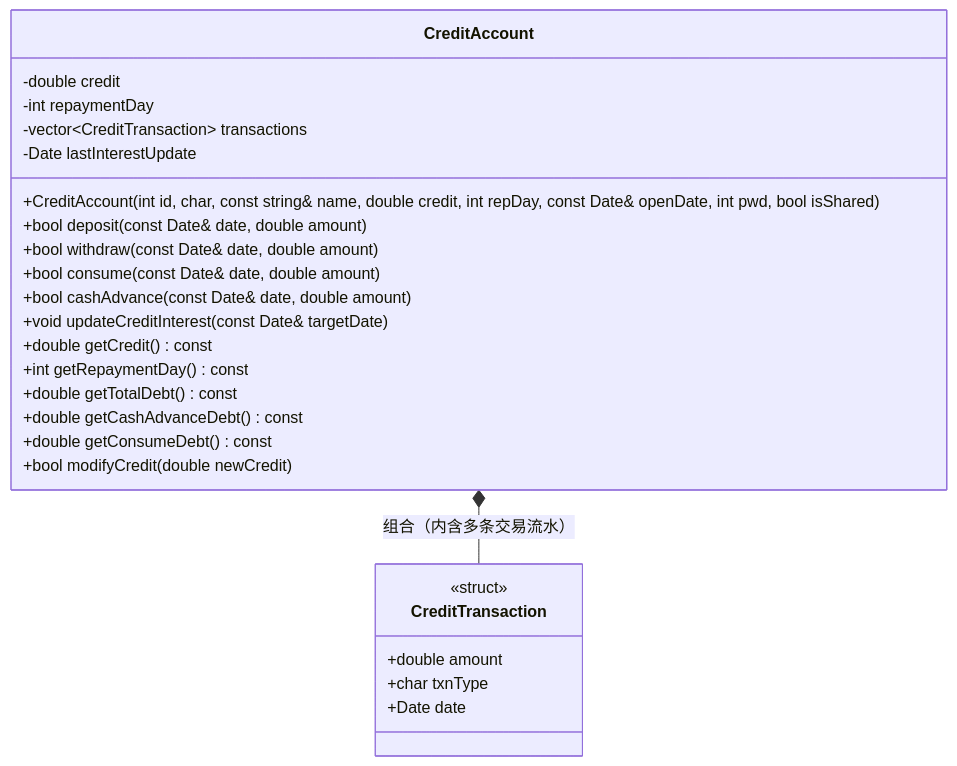
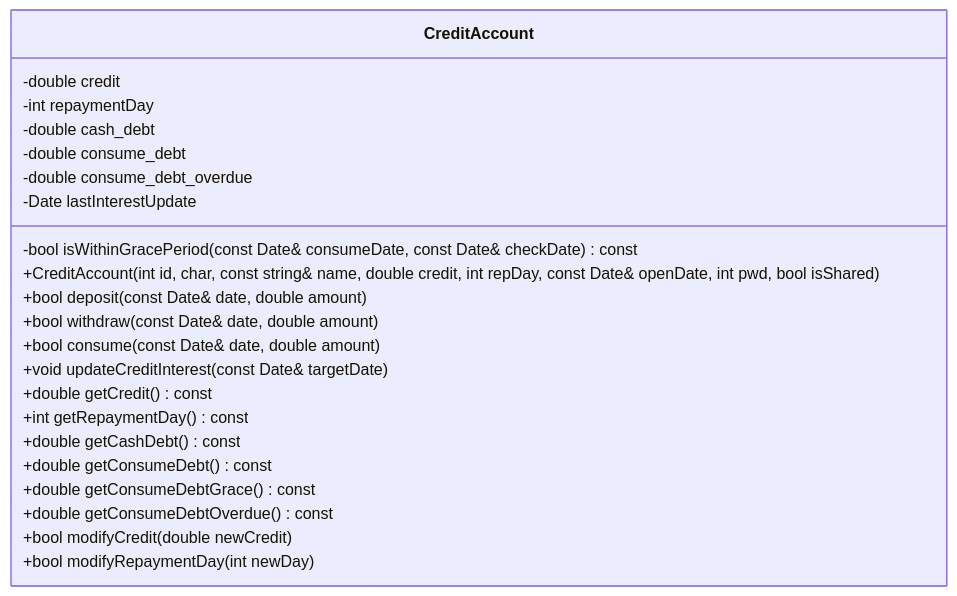
One commit to Suyouli0527/thu_cpphw_csc changed the fifth of 17 diagrams in include/设计说明书.md. Above: the diagram before and after it, drawn with Mermaid. The commit also changed other lines of this file and 11 other files, not shown here.

First line of the commit message:
Refactor CreditAccount to separate cash advance and consumption debts

````diff
--- a/include/设计说明书.md
+++ b/include/设计说明书.md
@@ -164,31 +164,26 @@
 ```mermaid
 classDiagram
     direction TB
     class CreditAccount {
         -double credit
         -int repaymentDay
-        -vector~CreditTransaction~ transactions
+        -double cash_debt
+        -double consume_debt
+        -double consume_debt_overdue
         -Date lastInterestUpdate
+        -bool isWithinGracePeriod(const Date& consumeDate, const Date& checkDate) const
         +CreditAccount(int id, char, const string& name, double credit, int repDay, const Date& openDate, int pwd, bool isShared)
         +bool deposit(const Date& date, double amount)
         +bool withdraw(const Date& date, double amount)
         +bool consume(const Date& date, double amount)
-        +bool cashAdvance(const Date& date, double amount)
         +void updateCreditInterest(const Date& targetDate)
         +double getCredit() const
         +int getRepaymentDay() const
-        +double getTotalDebt() const
-        +double getCashAdvanceDebt() const
+        +double getCashDebt() const
         +double getConsumeDebt() const
+        +double getConsumeDebtGrace() const
+        +double getConsumeDebtOverdue() const
         +bool modifyCredit(double newCredit)
+        +bool modifyRepaymentDay(int newDay)
     }
-
-    class CreditTransaction {
-        <<struct>>
-        +double amount
-        +char txnType
-        +Date date
-    }
-
-    CreditAccount *-- CreditTransaction : 组合（内含多条交易流水）
 ```
````
